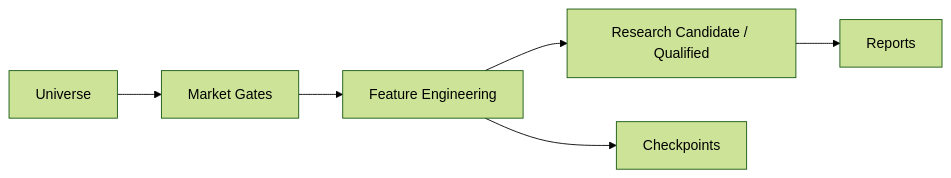
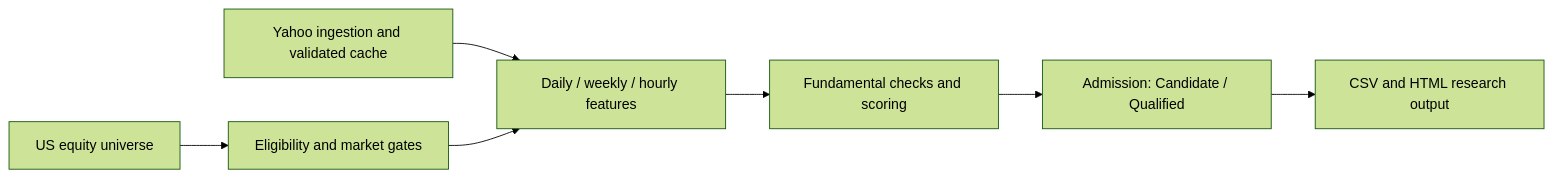
One commit to Allen-so/biglist-equity-research changed the diagram in README.md. Above: the diagram before and after it, drawn with Mermaid (forest theme). The commit also changed other lines of this file and 1 other file, not shown here.

Commit message:
Add MIT license and research portfolio documentation

````diff
--- a/README.md
+++ b/README.md
@@ -13,8 +16,9 @@
 ```mermaid
 flowchart LR
- U[Universe] --> M[Market Gates]
- M --> F[Feature Engineering]
- F --> R[Research Candidate / Qualified]
- R --> O[Reports]
- F --> C[Checkpoints]
+    U[US equity universe] --> G[Eligibility and market gates]
+    Y[Yahoo ingestion and validated cache] --> F[Daily / weekly / hourly features]
+    G --> F
+    F --> S[Fundamental checks and scoring]
+    S --> A[Admission: Candidate / Qualified]
+    A --> O[CSV and HTML research output]
 ```
````
